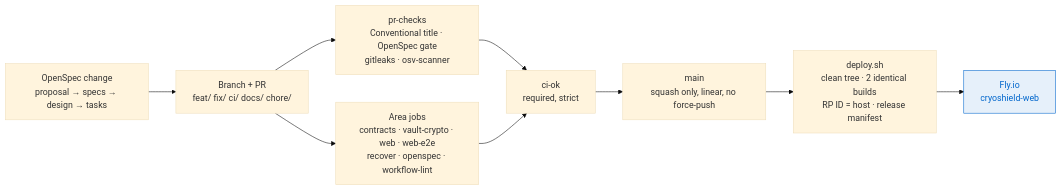
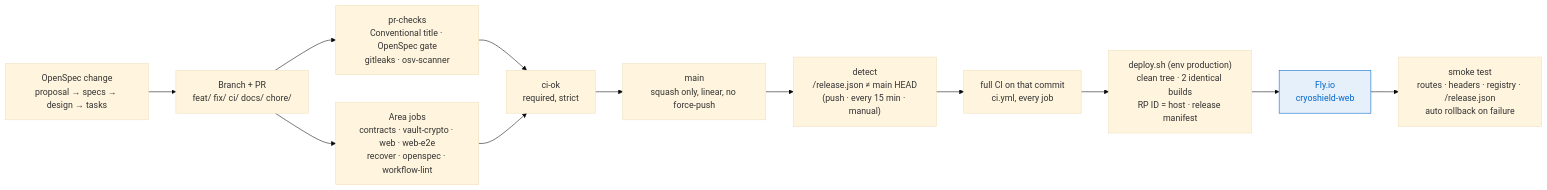
Before and after one commit to prix0007/cryoshield: the fifth of 5 diagrams in docs/system-design.md, drawn with Mermaid (base theme). The commit also changed other lines of this file and 5 other files, not shown here.

````diff
--- a/docs/system-design.md
+++ b/docs/system-design.md
@@ -144,19 +144,22 @@
 ```mermaid
 flowchart LR
   spec["OpenSpec change<br/>proposal → specs → design → tasks"]
   pr["Branch + PR<br/>feat/ fix/ ci/ docs/ chore/"]
   checks["pr-checks<br/>Conventional title · OpenSpec gate<br/>gitleaks · osv-scanner"]
   jobs["Area jobs<br/>contracts · vault-crypto · web · web-e2e<br/>recover · openspec · workflow-lint"]
   ok["ci-ok<br/>required, strict"]
   main["main<br/>squash only, linear, no force-push"]
-  deploy["deploy.sh<br/>clean tree · 2 identical builds<br/>RP ID = host · release manifest"]
+  detect["detect<br/>/release.json ≠ main HEAD<br/>(push · every 15 min · manual)"]
+  full["full CI on that commit<br/>ci.yml, every job"]
+  deploy["deploy.sh (env production)<br/>clean tree · 2 identical builds<br/>RP ID = host · release manifest"]
   fly["Fly.io<br/>cryoshield-web"]
+  smoke["smoke test<br/>routes · headers · registry · /release.json<br/>auto rollback on failure"]
 
   spec --> pr
   pr --> checks --> ok
   pr --> jobs --> ok
-  ok --> main --> deploy --> fly
+  ok --> main --> detect --> full --> deploy --> fly --> smoke
 
   classDef ours fill:#e6f0fa,stroke:#0066cc,color:#0066cc;
   class fly ours;
 ```
````
